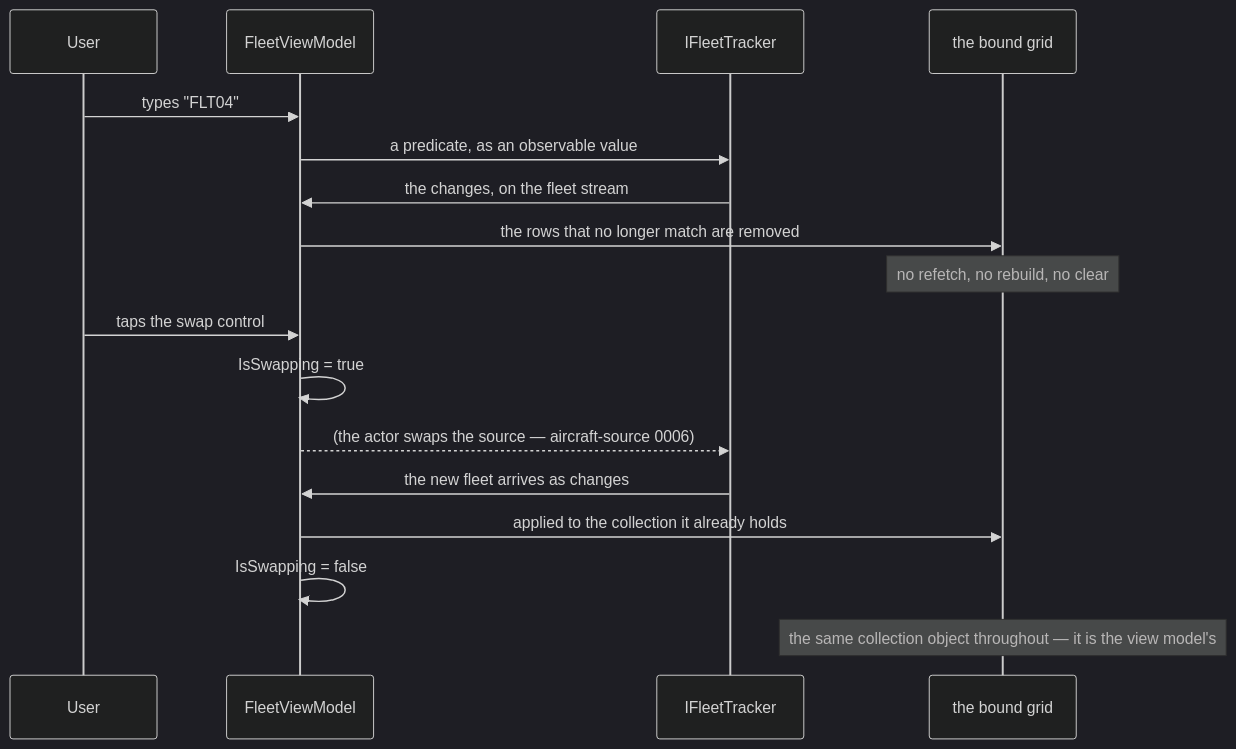
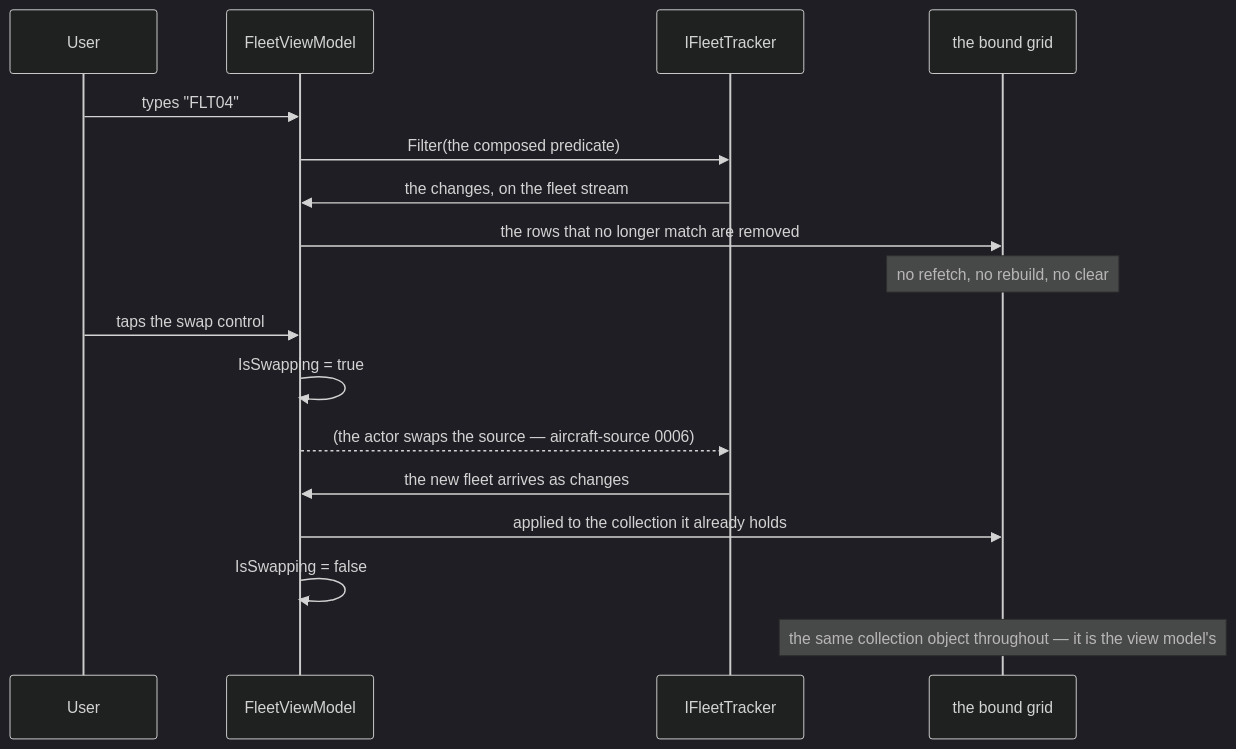
The second of 3 diagrams in features/fleet-dashboard/.spec/README.md (RLittlesII/Transporter), drawn with Mermaid (dark theme) before and after one commit. The commit also changed other lines of this file and 7 other files, not shown here.

````diff
--- a/features/fleet-dashboard/.spec/README.md
+++ b/features/fleet-dashboard/.spec/README.md
@@ -208,19 +216,19 @@
 ```mermaid
 sequenceDiagram
     participant User
     participant VM as FleetViewModel
     participant Tracker as IFleetTracker
     participant Grid as the bound grid
     User->>VM: types "FLT04"
-    VM->>Tracker: a predicate, as an observable value
+    VM->>Tracker: Filter(the composed predicate)
     Tracker->>VM: the changes, on the fleet stream
     VM->>Grid: the rows that no longer match are removed
     Note over Grid: no refetch, no rebuild, no clear
     User->>VM: taps the swap control
     VM->>VM: IsSwapping = true
     VM-->>Tracker: (the actor swaps the source — aircraft-source 0006)
     Tracker->>VM: the new fleet arrives as changes
     VM->>Grid: applied to the collection it already holds
     VM->>VM: IsSwapping = false
     Note over Grid: the same collection object throughout — it is the view model's
 ```
````
